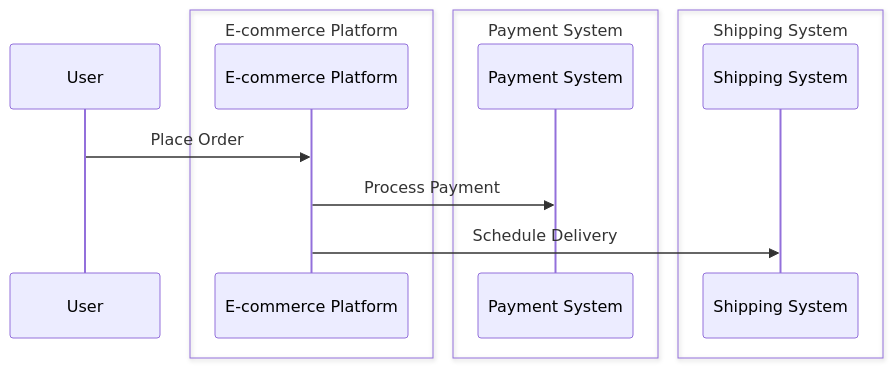
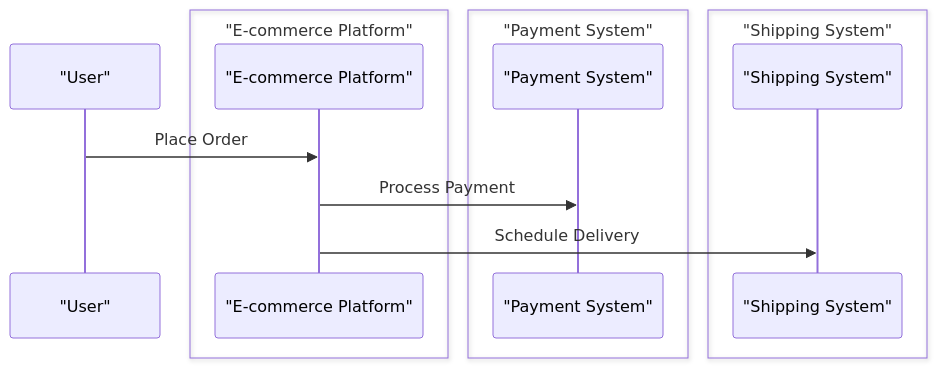
One commit to zhongadamwang/AI_Slowcooker changed the third of 3 diagrams in .github/skills/diagram-generatecollaboration/SKILL.md. Above: the diagram before and after it, drawn with Mermaid. The commit also changed other lines of this file and 6 other files, not shown here.

````diff
--- a/.github/skills/diagram-generatecollaboration/SKILL.md
+++ b/.github/skills/diagram-generatecollaboration/SKILL.md
@@ -134,20 +134,21 @@
 ```mermaid
 sequenceDiagram
-    participant User as User
+    %% Stereotypes: User=actor | ECommerce=control | Payment=control | Shipping=control
+    participant User as "User"
     
-    box E-commerce Platform
-        participant ECommerce as E-commerce Platform
+    box "E-commerce Platform"
+        participant ECommerce as "E-commerce Platform"
     end
     
-    box Payment System
-        participant Payment as Payment System
+    box "Payment System"
+        participant Payment as "Payment System"
     end
     
-    box Shipping System
-        participant Shipping as Shipping System
+    box "Shipping System"
+        participant Shipping as "Shipping System"
     end
     
     User->>ECommerce: Place Order
     ECommerce->>Payment: Process Payment
     ECommerce->>Shipping: Schedule Delivery
 ```
````
